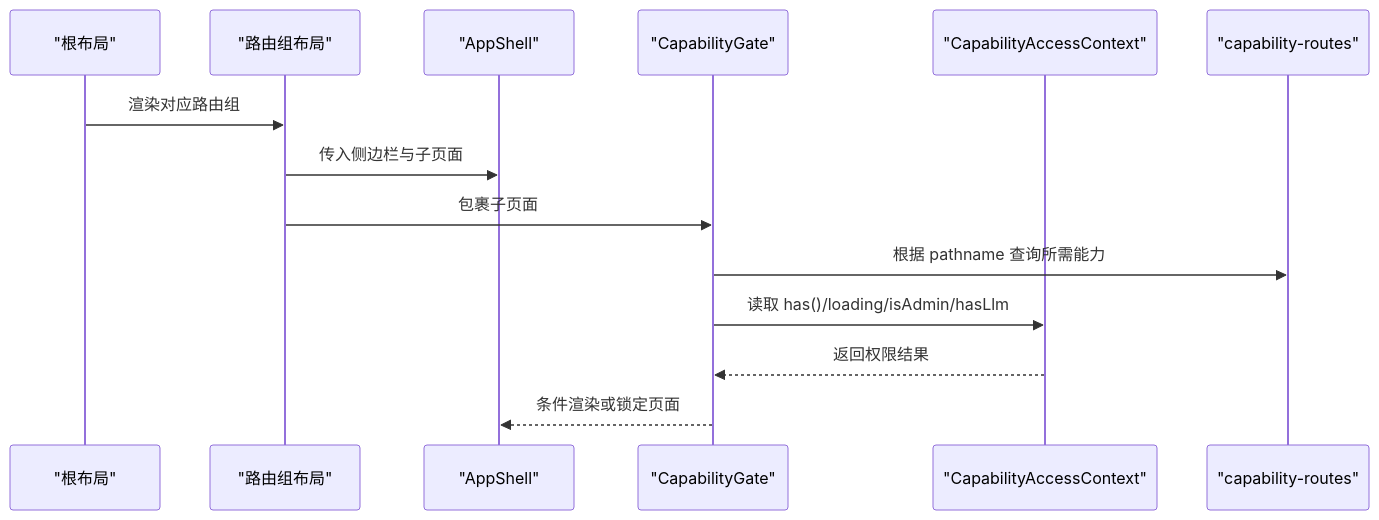
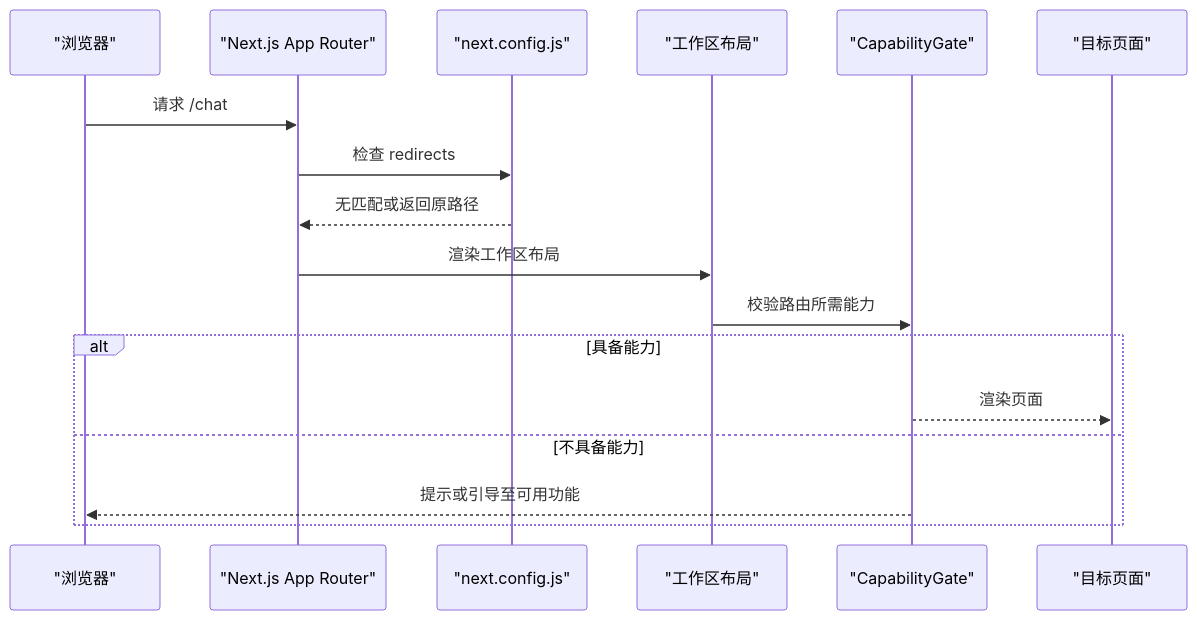
One commit to gongzili456/DeepTutor changed the second of 9 diagrams in .qoder/repowiki/zh/content/前端架构/路由与导航.md. Above: the diagram before and after it, drawn with Mermaid. The commit also changed other lines of this file and 1242 other files, not shown here.

````diff
--- a/.qoder/repowiki/zh/content/前端架构/路由与导航.md
+++ b/.qoder/repowiki/zh/content/前端架构/路由与导航.md
@@ -97,16 +97,19 @@
 ```mermaid
 sequenceDiagram
-participant Root as "根布局"
-participant Group as "路由组布局"
-participant Shell as "AppShell"
+participant Browser as "浏览器"
+participant Next as "Next.js App Router"
+participant Config as "next.config.js"
+participant Layout as "工作区布局"
 participant Gate as "CapabilityGate"
-participant Ctx as "CapabilityAccessContext"
-participant Map as "capability-routes"
-Root->>Group : 渲染对应路由组
-Group->>Shell : 传入侧边栏与子页面
-Group->>Gate : 包裹子页面
-Gate->>Map : 根据 pathname 查询所需能力
-Gate->>Ctx : 读取 has()/loading/isAdmin/hasLlm
-Ctx-->>Gate : 返回权限结果
-Gate-->>Shell : 条件渲染或锁定页面
+participant Page as "目标页面"
+Browser->>Next : 请求 /chat
+Next->>Config : 检查 redirects
+Config-->>Next : 无匹配或返回原路径
+Next->>Layout : 渲染工作区布局
+Layout->>Gate : 校验路由所需能力
+alt 具备能力
+Gate-->>Page : 渲染页面
+else 不具备能力
+Gate-->>Browser : 提示或引导至可用功能
+end
 ```
````
